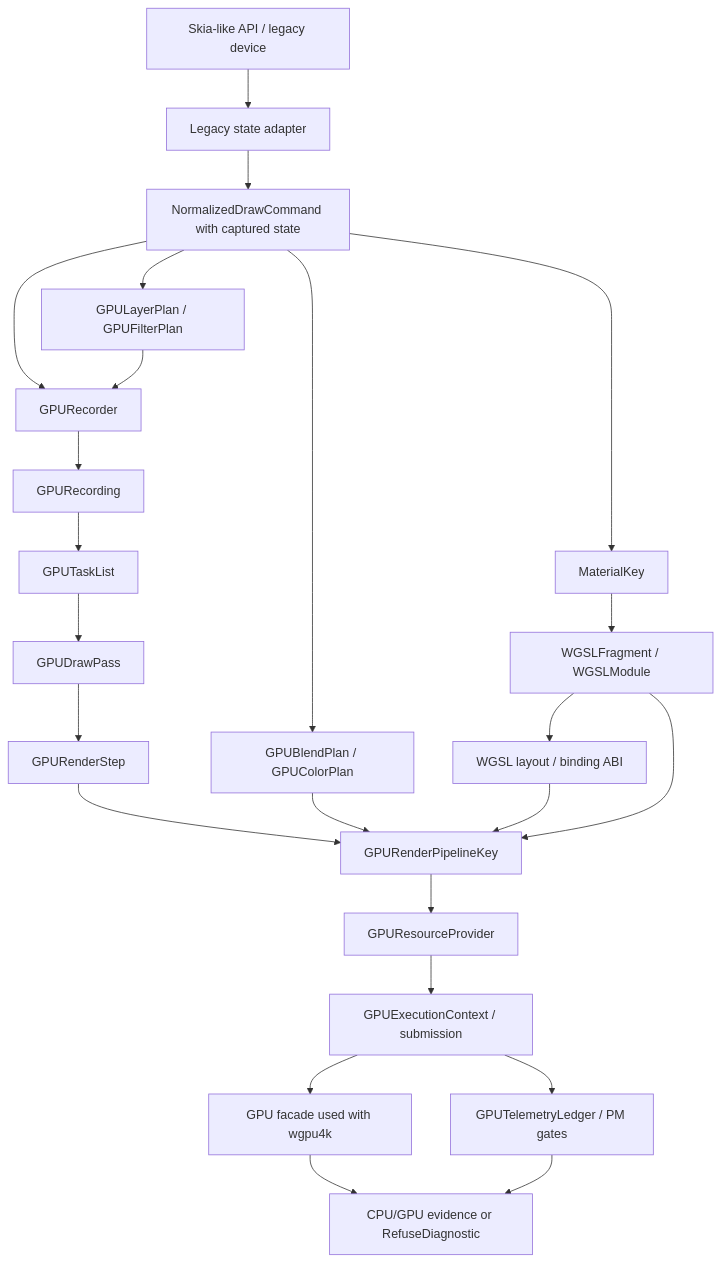
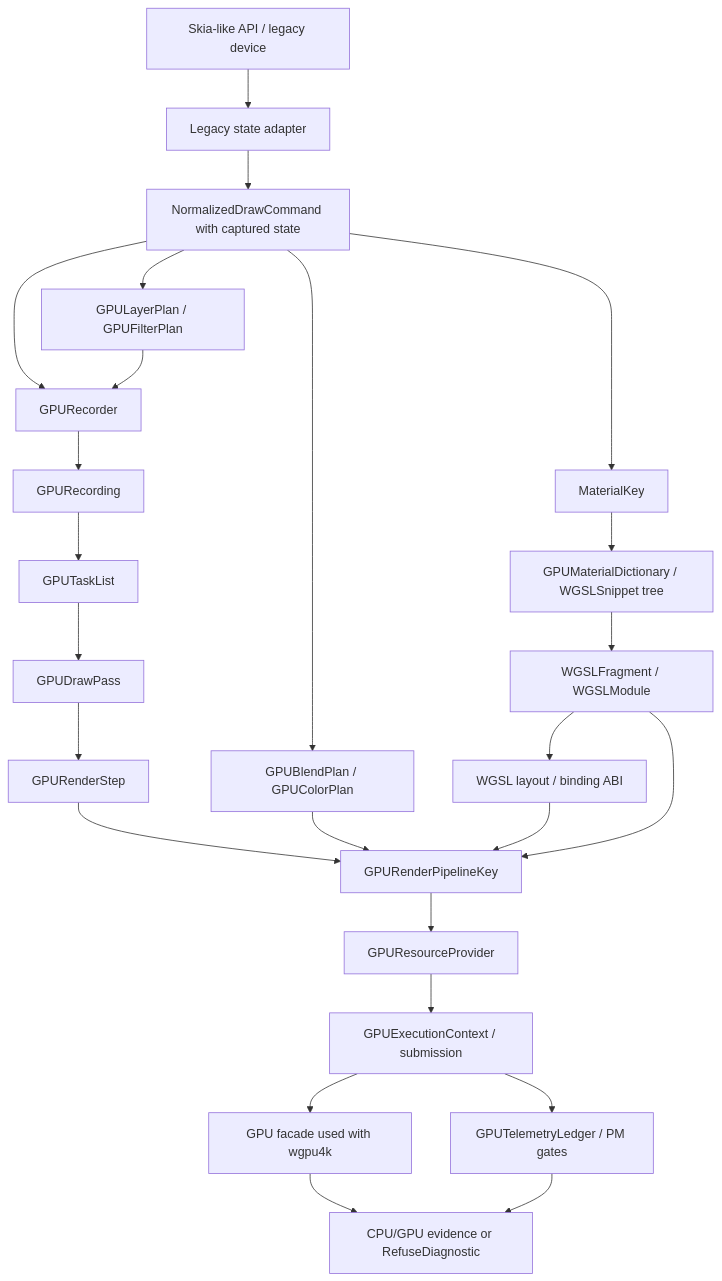
Before and after one commit to ygdrasil-io/kanvas: the diagram in .upstream/specs/gpu-renderer/README.md, drawn with Mermaid. The commit also changed other lines of this file and 9 other files, not shown here.

Commit message:
Specify GPU material dictionary policy

````diff
--- a/.upstream/specs/gpu-renderer/README.md
+++ b/.upstream/specs/gpu-renderer/README.md
@@ -137,26 +140,27 @@
 ```mermaid
 flowchart TD
     legacy["Skia-like API / legacy device"] --> adapter["Legacy state adapter"]
     adapter --> command["NormalizedDrawCommand with captured state"]
     command --> layerplan["GPULayerPlan / GPUFilterPlan"]
     command --> recorder["GPURecorder"]
     layerplan --> recorder
     recorder --> recording["GPURecording"]
     recording --> tasks["GPUTaskList"]
     tasks --> drawpass["GPUDrawPass"]
     drawpass --> step["GPURenderStep"]
     command --> material["MaterialKey"]
+    material --> dictionary["GPUMaterialDictionary / WGSLSnippet tree"]
     command --> blend["GPUBlendPlan / GPUColorPlan"]
-    material --> wgsl["WGSLFragment / WGSLModule"]
+    dictionary --> wgsl["WGSLFragment / WGSLModule"]
     wgsl --> abi["WGSL layout / binding ABI"]
     step --> pipeline["GPURenderPipelineKey"]
     blend --> pipeline
     abi --> pipeline
     wgsl --> pipeline
     pipeline --> resources["GPUResourceProvider"]
     resources --> execution["GPUExecutionContext / submission"]
     execution --> facade["GPU facade used with wgpu4k"]
     execution --> telemetry["GPUTelemetryLedger / PM gates"]
     facade --> evidence["CPU/GPU evidence or RefuseDiagnostic"]
     telemetry --> evidence
 ```
````
